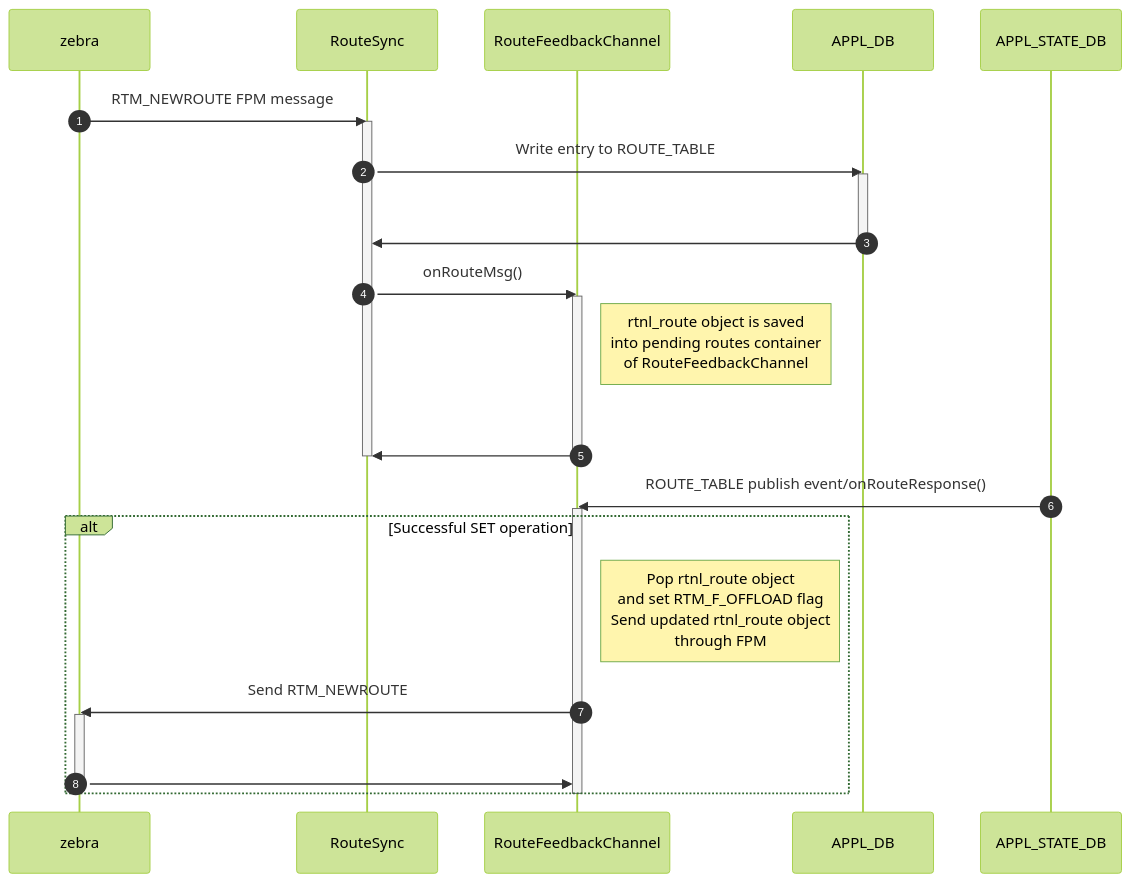
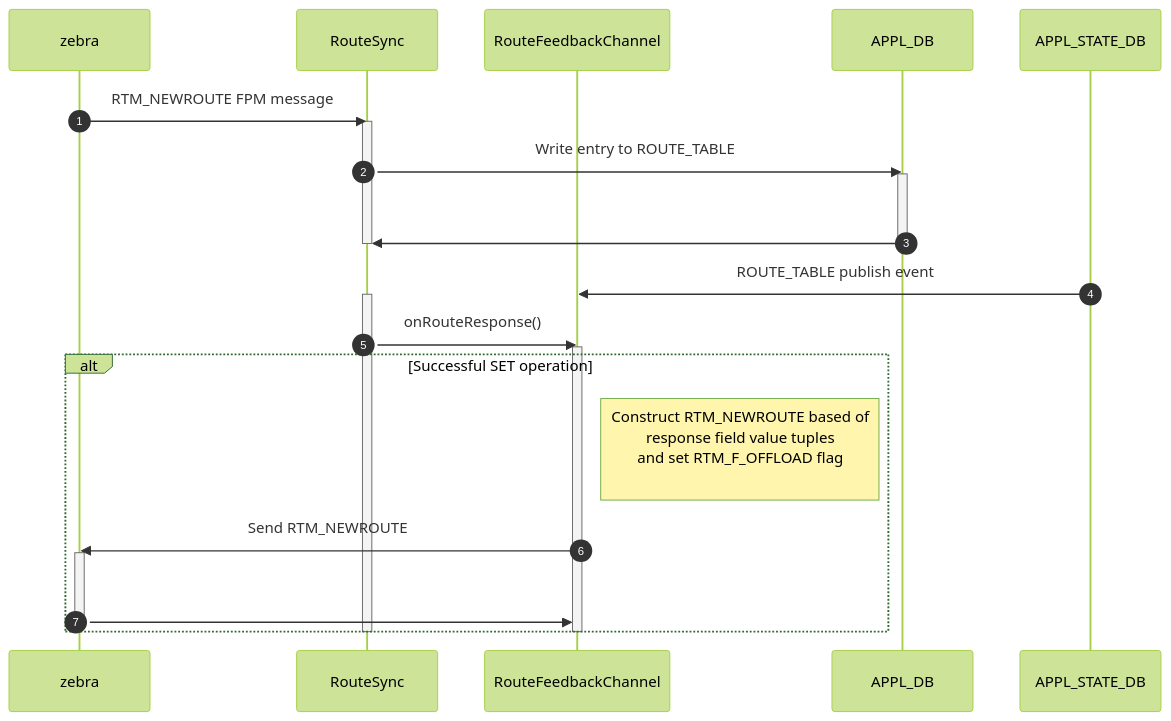
One commit to sonic-net/SONiC changed the third of 4 diagrams in doc/BGP/BGP-supress-fib-pending.md. Above: the diagram before and after it, drawn with Mermaid. The commit also changed other lines of this file, not shown here.

````diff
--- a/doc/BGP/BGP-supress-fib-pending.md
+++ b/doc/BGP/BGP-supress-fib-pending.md
@@ -598,45 +598,42 @@
 ```mermaid
 %%{
   init: {
     "theme": "forest",
     "sequence": {
       "rightAngles": true,
       "showSequenceNumbers": true
     }
   }
 }%%
 sequenceDiagram
   participant zebra
   participant RouteSync
   participant RouteFeedbackChannel
   participant APPL_DB
   participant APPL_STATE_DB
 
 
   zebra ->> RouteSync: RTM_NEWROUTE FPM message
   activate RouteSync
   RouteSync ->> APPL_DB: Write entry to ROUTE_TABLE
   activate APPL_DB
   APPL_DB ->> RouteSync: <br>
   deactivate APPL_DB
 
-  RouteSync ->> RouteFeedbackChannel: onRouteMsg()
-  activate RouteFeedbackChannel
-  Note right of RouteFeedbackChannel: rtnl_route object is saved <br>into pending routes container<br> of RouteFeedbackChannel
-  RouteFeedbackChannel ->> RouteSync: <br>
-  deactivate RouteFeedbackChannel
-
   deactivate RouteSync
 
-  APPL_STATE_DB ->> RouteFeedbackChannel: ROUTE_TABLE publish event/onRouteResponse()
+  APPL_STATE_DB ->> RouteFeedbackChannel: ROUTE_TABLE publish event
+  activate RouteSync
+  RouteSync ->> RouteFeedbackChannel: onRouteResponse()
   activate RouteFeedbackChannel
   alt Successful SET operation
-    Note right of RouteFeedbackChannel: Pop rtnl_route object <br>and set RTM_F_OFFLOAD flag<br>Send updated rtnl_route object <br>through FPM
+    Note right of RouteFeedbackChannel: Construct RTM_NEWROUTE based of <br>response field value tuples<br>and set RTM_F_OFFLOAD flag<br>
     RouteFeedbackChannel ->> zebra: Send RTM_NEWROUTE
     activate zebra
     zebra ->> RouteFeedbackChannel: <br>
     deactivate zebra
   end
   deactivate RouteFeedbackChannel
+  deactivate RouteSync
 
 ```
````
